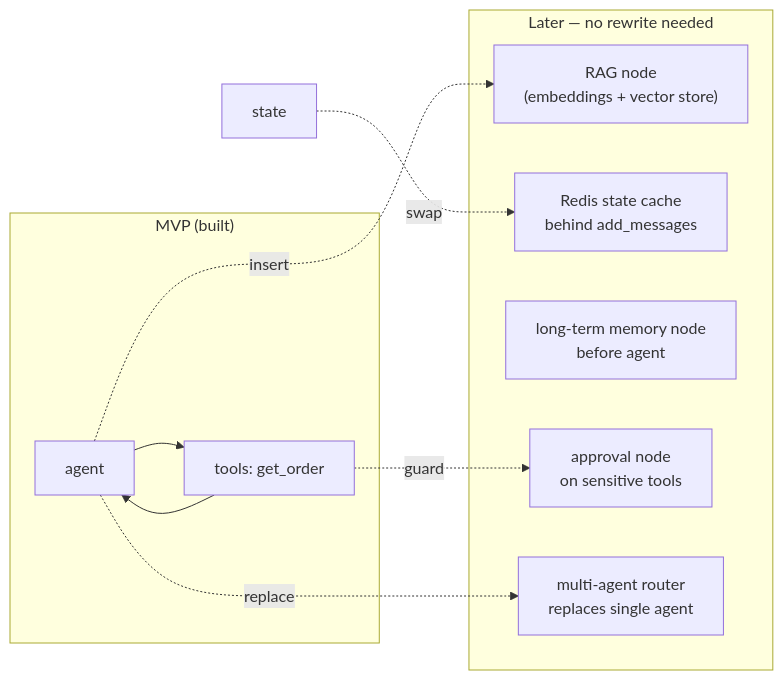
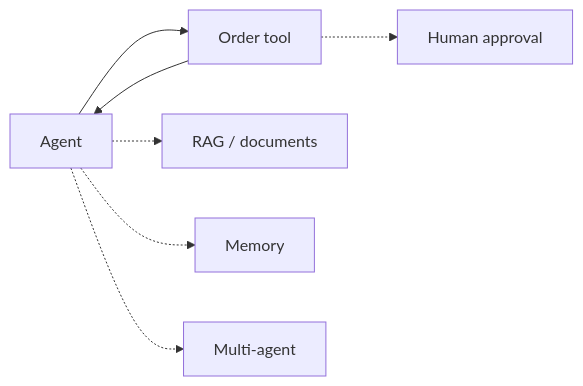
Before and after one commit to Qaziaaaa/ai-customer-support-assistant: the fourth of 4 diagrams in ARCHITECTURE.md, drawn with Mermaid. The commit also changed other lines of this file and 2 other files, not shown here.

Commit message:
docs: simplify ARCHITECTURE.md to 4 beginner-friendly flow diagrams

````diff
--- a/ARCHITECTURE.md
+++ b/ARCHITECTURE.md
@@ -187,18 +72,10 @@
 ```mermaid
 flowchart LR
-    subgraph now["MVP (built)"]
-        A[agent] --> T[tools: get_order]
-        T --> A
-    end
-    subgraph later["Later — no rewrite needed"]
-        RAG["RAG node<br/>(embeddings + vector store)"]
-        CACHE["Redis state cache<br/>behind add_messages"]
-        MEM["long-term memory node<br/>before agent"]
-        HITL["approval node<br/>on sensitive tools"]
-        MULTI["multi-agent router<br/>replaces single agent"]
-    end
-    A -. insert .-> RAG
-    A -. replace .-> MULTI
-    T -. guard .-> HITL
-    state -. swap .-> CACHE
+    A[Agent] --> T[Order tool]
+    T --> A
+
+    A -.-> RAG["RAG / documents"]
+    A -.-> MEM["Memory"]
+    A -.-> MULTI["Multi-agent"]
+    T -.-> HITL["Human approval"]
 ```
````
